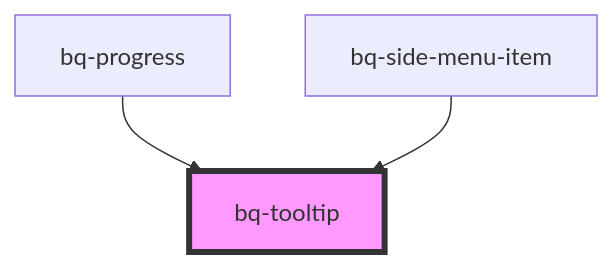
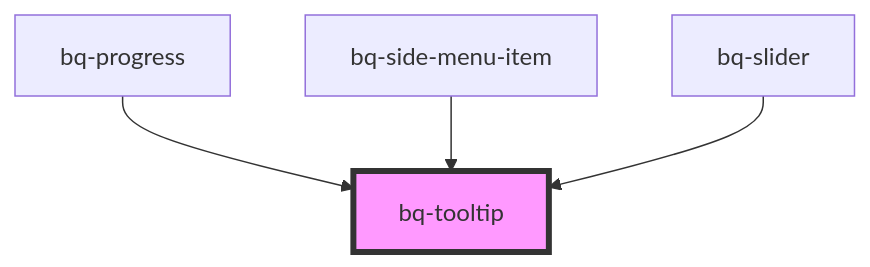
One commit to Endava/BEEQ changed the diagram in packages/beeq/src/components/tooltip/readme.md. Above: the diagram before and after it, drawn with Mermaid. The commit also changed other lines of this file and 3 other files, not shown here.

````diff
--- a/packages/beeq/src/components/tooltip/readme.md
+++ b/packages/beeq/src/components/tooltip/readme.md
@@ -61,6 +62,7 @@
 ```mermaid
 graph TD;
   bq-progress --> bq-tooltip
   bq-side-menu-item --> bq-tooltip
+  bq-slider --> bq-tooltip
   style bq-tooltip fill:#f9f,stroke:#333,stroke-width:4px
 ```
````
